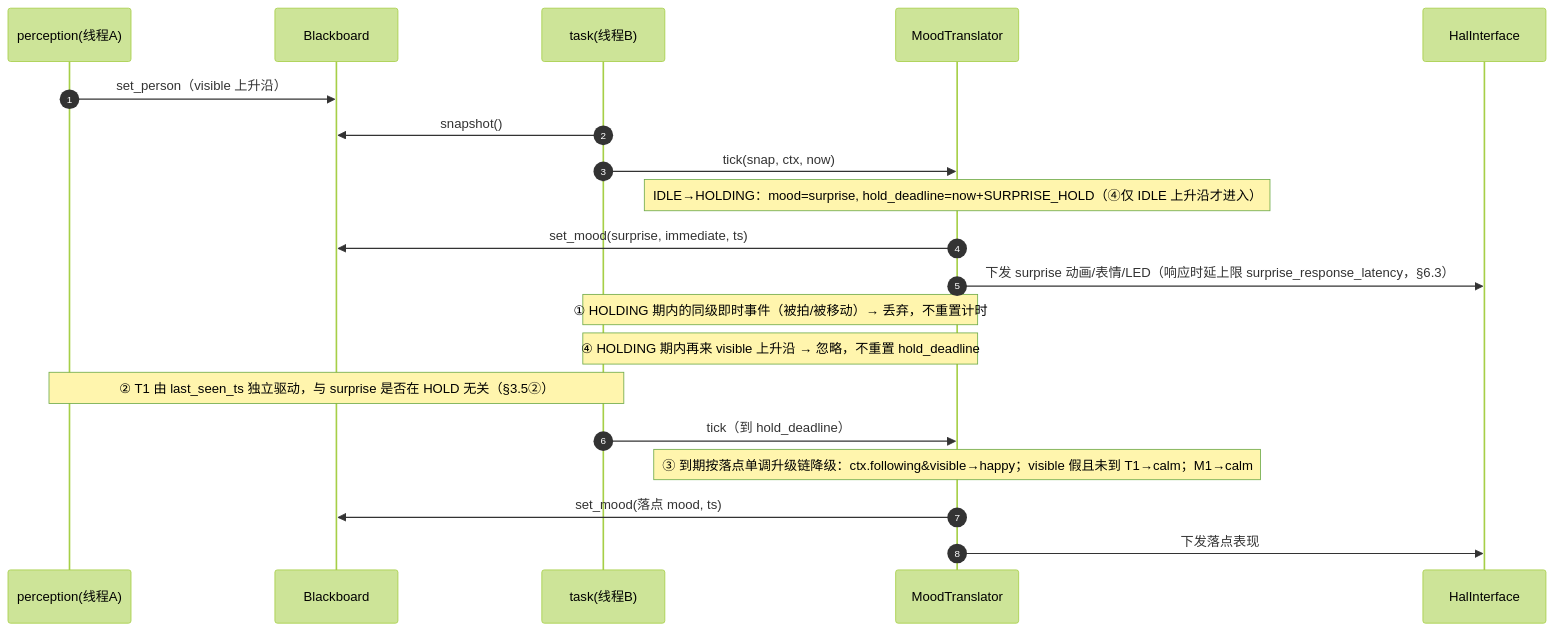
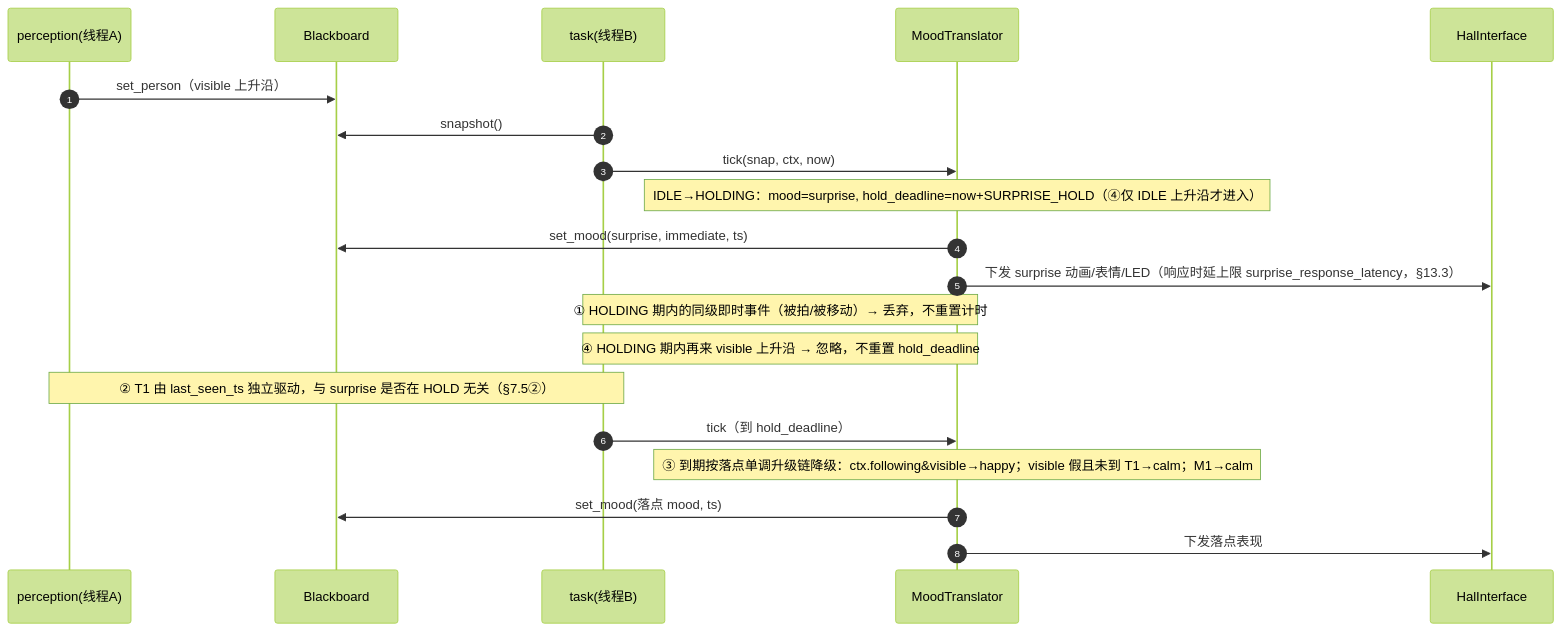
Before and after one commit to keeploading/super-baby: the ninth of 12 diagrams in docs/requirements/follow-me/follow-me-fds.md, drawn with Mermaid (forest theme). The commit also changed other lines of this file and 3 other files, not shown here.

````diff
--- a/docs/requirements/follow-me/follow-me-fds.md
+++ b/docs/requirements/follow-me/follow-me-fds.md
@@ -417,25 +806,25 @@
 ```mermaid
 sequenceDiagram
     autonumber
     participant P as perception(线程A)
     participant BB as Blackboard
     participant T as task(线程B)
     participant MT as MoodTranslator
     participant HAL as HalInterface
 
     P->>BB: set_person（visible 上升沿）
     T->>BB: snapshot()
     T->>MT: tick(snap, ctx, now)
     Note over MT: IDLE→HOLDING：mood=surprise, hold_deadline=now+SURPRISE_HOLD（④仅 IDLE 上升沿才进入）
     MT->>BB: set_mood(surprise, immediate, ts)
-    MT->>HAL: 下发 surprise 动画/表情/LED（响应时延上限 surprise_response_latency，§6.3）
+    MT->>HAL: 下发 surprise 动画/表情/LED（响应时延上限 surprise_response_latency，§13.3）
 
     Note over T,MT: ① HOLDING 期内的同级即时事件（被拍/被移动）→ 丢弃，不重置计时
     Note over T,MT: ④ HOLDING 期内再来 visible 上升沿 → 忽略，不重置 hold_deadline
-    Note over P,T: ② T1 由 last_seen_ts 独立驱动，与 surprise 是否在 HOLD 无关（§3.5②）
+    Note over P,T: ② T1 由 last_seen_ts 独立驱动，与 surprise 是否在 HOLD 无关（§7.5②）
 
     T->>MT: tick（到 hold_deadline）
     Note over MT: ③ 到期按落点单调升级链降级：ctx.following&visible→happy；visible 假且未到 T1→calm；M1→calm
     MT->>BB: set_mood(落点 mood, ts)
     MT->>HAL: 下发落点表现
 ```
````
